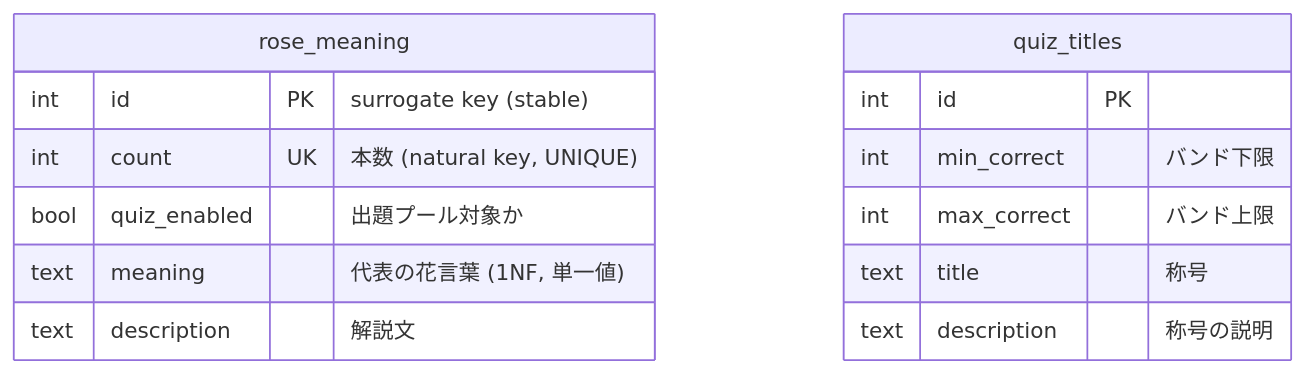
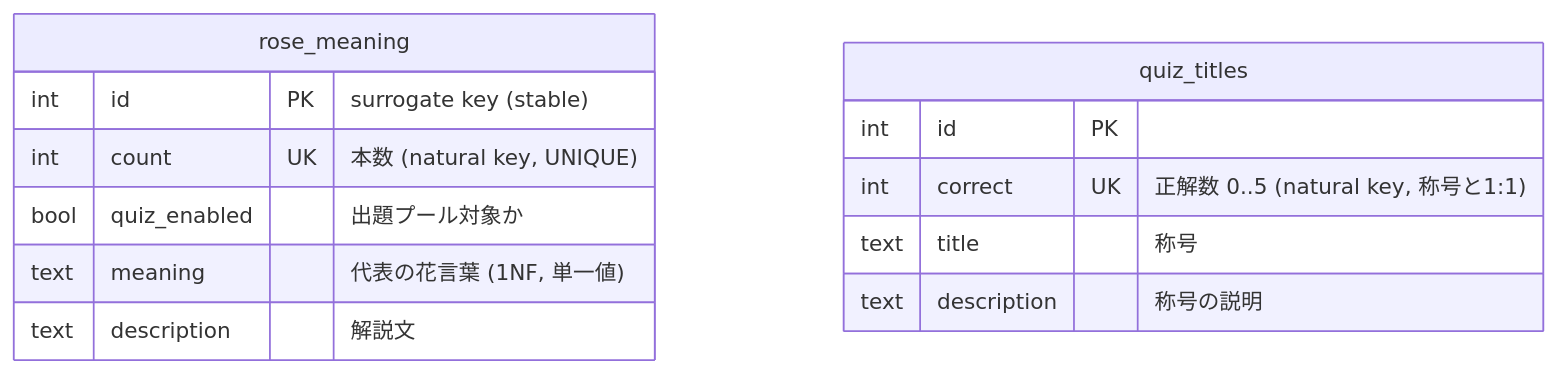
One commit to Ham4690/rose-quiz changed the diagram in docs/design.md. Above: the diagram before and after it, drawn with Mermaid. The commit also changed other lines of this file and 4 other files, not shown here.

````diff
--- a/docs/design.md
+++ b/docs/design.md
@@ -31,17 +31,16 @@
 ```mermaid
 erDiagram
     rose_meaning {
         int  id PK "surrogate key (stable)"
         int  count UK "本数 (natural key, UNIQUE)"
         bool quiz_enabled "出題プール対象か"
         text meaning "代表の花言葉 (1NF, 単一値)"
         text description "解説文"
     }
     quiz_titles {
         int  id PK
-        int  min_correct "バンド下限"
-        int  max_correct "バンド上限"
+        int  correct UK "正解数 0..5 (natural key, 称号と1:1)"
         text title "称号"
         text description "称号の説明"
     }
 ```
````
